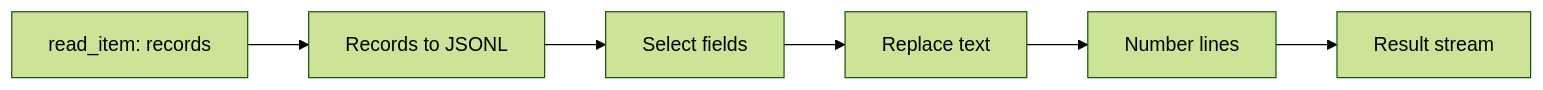
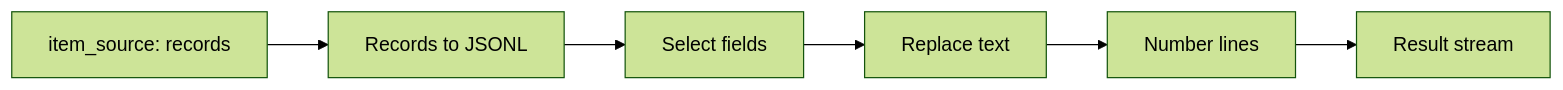
Before and after one commit to rdcn-link/xstream-codex: the diagram in examples/operators/scripts/README.md, drawn with Mermaid (forest theme). The commit also changed 451 other files, not shown here.

````diff
--- a/examples/operators/scripts/README.md
+++ b/examples/operators/scripts/README.md
@@ -30,8 +30,8 @@
 ```mermaid
 flowchart LR
-  A[read_item: records] --> B[Records to JSONL]
+  A[item_source: records] --> B[Records to JSONL]
   B --> C[Select fields]
   C --> D[Replace text]
   D --> E[Number lines]
   E --> F[Result stream]
 ```
````
